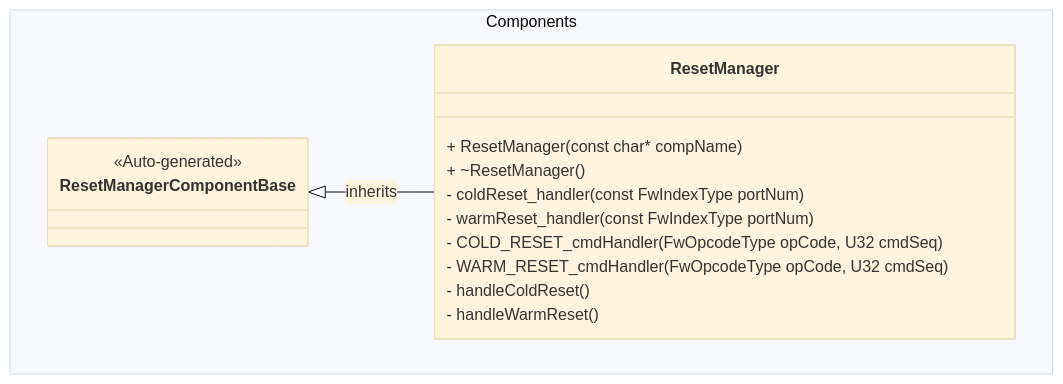
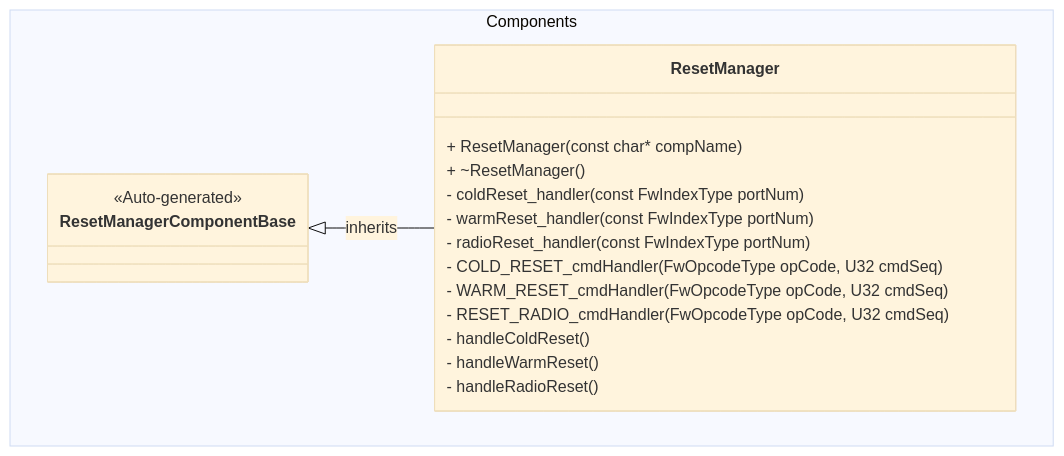
The first of 5 diagrams in FprimeZephyrReference/Components/ResetManager/docs/sdd.md (Open-Source-Space-Foundation/proves-core-reference), drawn with Mermaid (base theme) before and after one commit. The commit also changed other lines of this file, not shown here.

First line of the commit message:
docs: Add RESET_RADIO documentation to ResetManager SDD

````diff
--- a/FprimeZephyrReference/Components/ResetManager/docs/sdd.md
+++ b/FprimeZephyrReference/Components/ResetManager/docs/sdd.md
@@ -26,19 +34,22 @@
 ```mermaid
 classDiagram
     namespace Components {
         class ResetManagerComponentBase {
             <<Auto-generated>>
         }
         class ResetManager {
             + ResetManager(const char* compName)
             + ~ResetManager()
             - coldReset_handler(const FwIndexType portNum)
             - warmReset_handler(const FwIndexType portNum)
+            - radioReset_handler(const FwIndexType portNum)
             - COLD_RESET_cmdHandler(FwOpcodeType opCode, U32 cmdSeq)
             - WARM_RESET_cmdHandler(FwOpcodeType opCode, U32 cmdSeq)
+            - RESET_RADIO_cmdHandler(FwOpcodeType opCode, U32 cmdSeq)
             - handleColdReset()
             - handleWarmReset()
+            - handleRadioReset()
         }
     }
     ResetManagerComponentBase <|-- ResetManager : inherits
 ```
````
